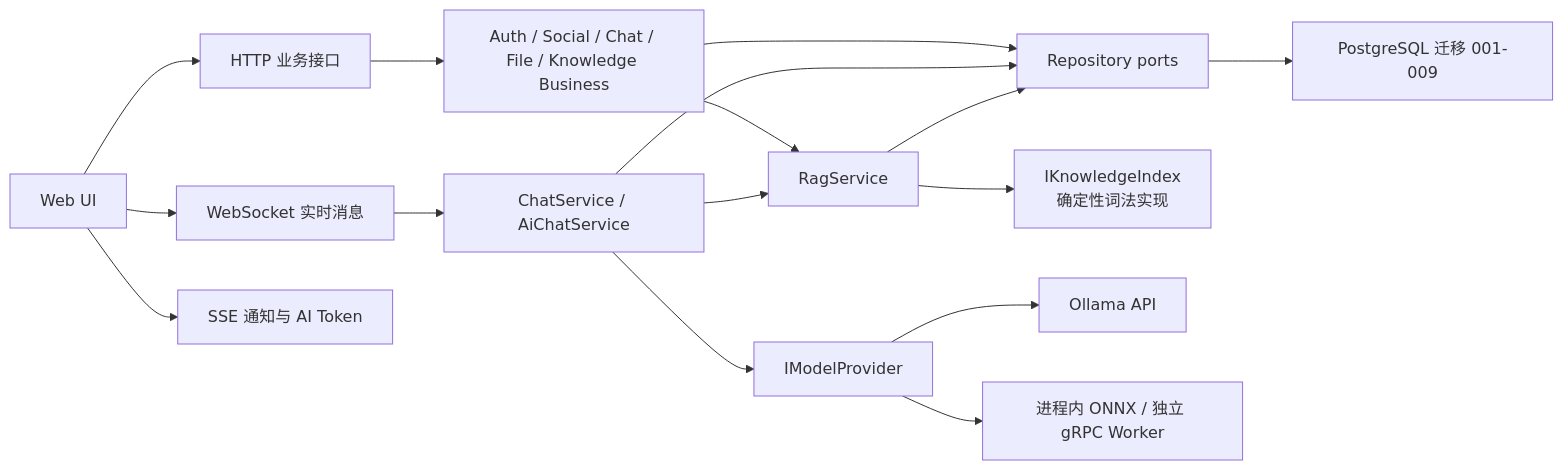
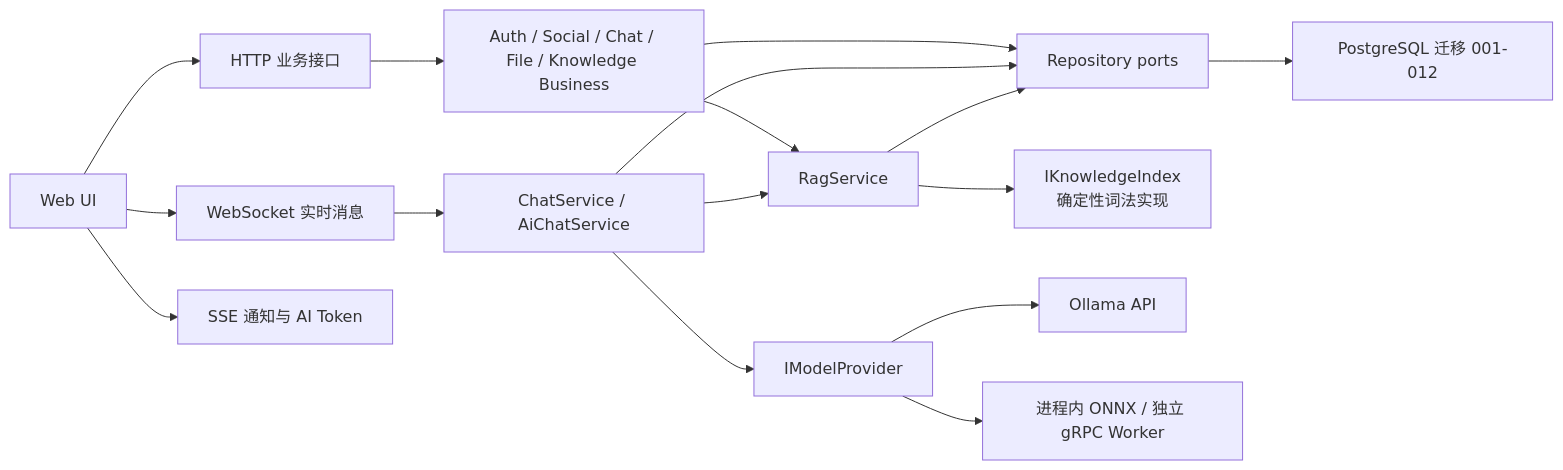
Before and after one commit to aurora-deng/web: the second of 6 diagrams in docs/architecture/ARCHITECTURE.md, drawn with Mermaid. The commit also changed other lines of this file and 12 other files, not shown here.

````diff
--- a/docs/architecture/ARCHITECTURE.md
+++ b/docs/architecture/ARCHITECTURE.md
@@ -69,18 +69,18 @@
 ```mermaid
 flowchart LR
     UI["Web UI"] --> HTTP["HTTP 业务接口"]
     UI --> WS["WebSocket 实时消息"]
     UI --> SSE["SSE 通知与 AI Token"]
     HTTP --> Business["Auth / Social / Chat / File / Knowledge Business"]
     WS --> Chat["ChatService / AiChatService"]
     Business --> Repo["Repository ports"]
     Chat --> Repo
-    Repo --> PG["PostgreSQL 迁移 001-009"]
+    Repo --> PG["PostgreSQL 迁移 001-012"]
     Business --> Rag["RagService"]
     Chat --> Rag
     Rag --> Index["IKnowledgeIndex\n确定性词法实现"]
     Rag --> Repo
     Chat --> Provider["IModelProvider"]
     Provider --> Ollama["Ollama API"]
     Provider --> Onnx["进程内 ONNX / 独立 gRPC Worker"]
 ```
````
